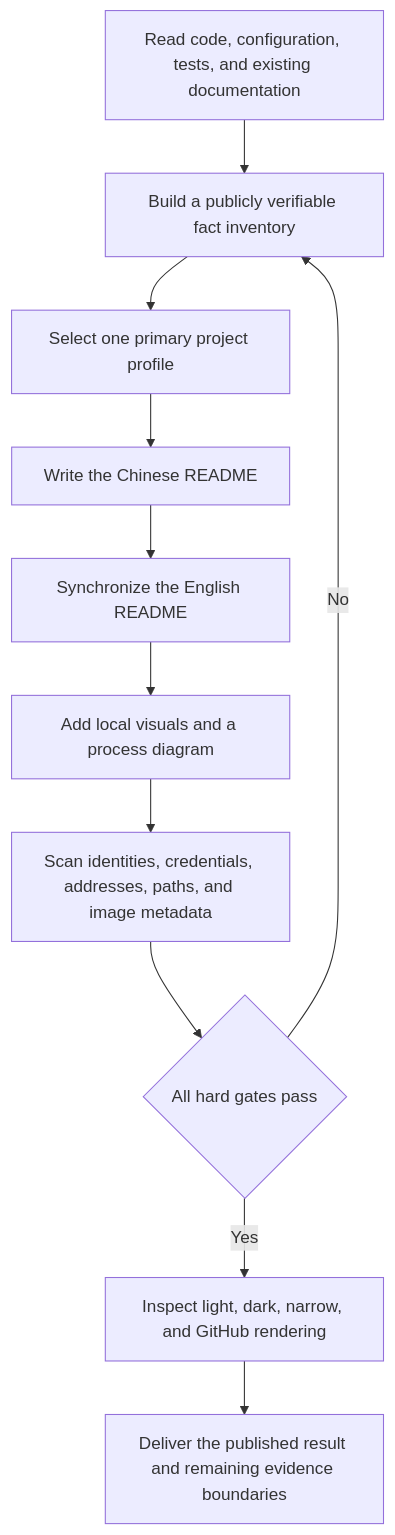
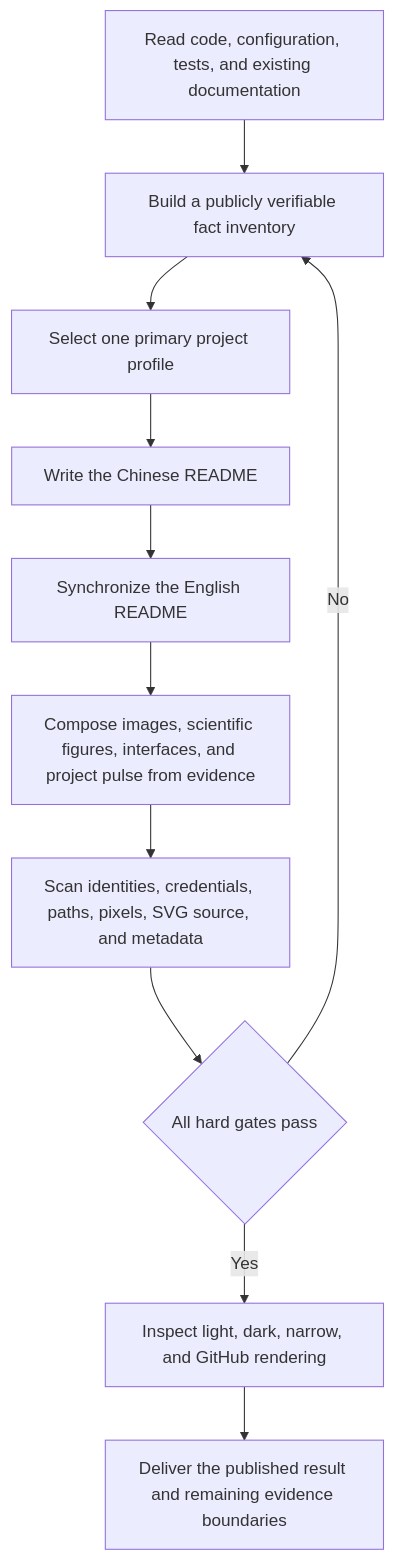
Before and after one commit to AIALRA-0/github-readme-standardizer: the diagram in README.en.md, drawn with Mermaid. The commit also changed other lines of this file and 23 other files, not shown here.

````diff
--- a/README.en.md
+++ b/README.en.md
@@ -84,14 +88,14 @@
 ```mermaid
 %% Start with repository facts and return every hard failure to evidence review
 flowchart TD
     A[Read code, configuration, tests, and existing documentation] --> B[Build a publicly verifiable fact inventory]
     B --> C[Select one primary project profile]
     C --> D[Write the Chinese README]
     D --> E[Synchronize the English README]
-    E --> F[Add local visuals and a process diagram]
-    F --> G[Scan identities, credentials, addresses, paths, and image metadata]
+    E --> F[Compose images, scientific figures, interfaces, and project pulse from evidence]
+    F --> G[Scan identities, credentials, paths, pixels, SVG source, and metadata]
     G --> H{All hard gates pass}
     H -- No --> B
     H -- Yes --> I[Inspect light, dark, narrow, and GitHub rendering]
     I --> J[Deliver the published result and remaining evidence boundaries]
 ```
````
